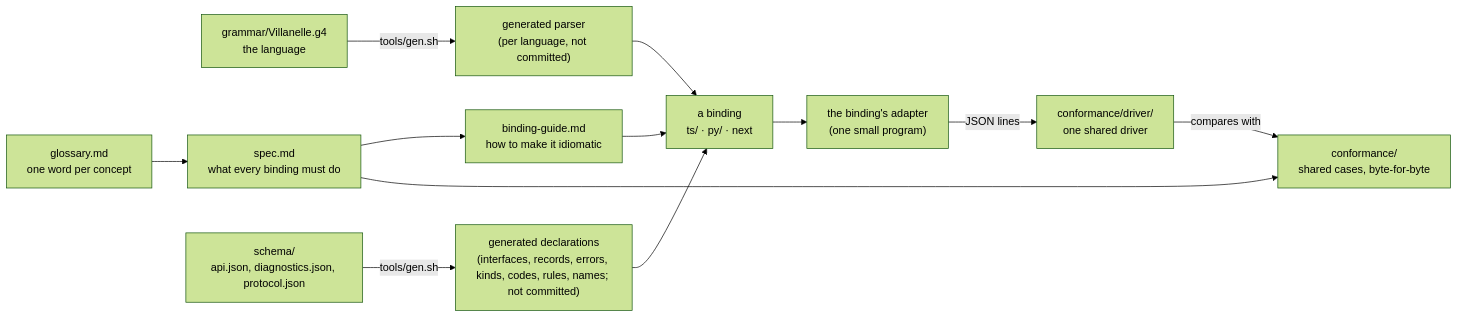
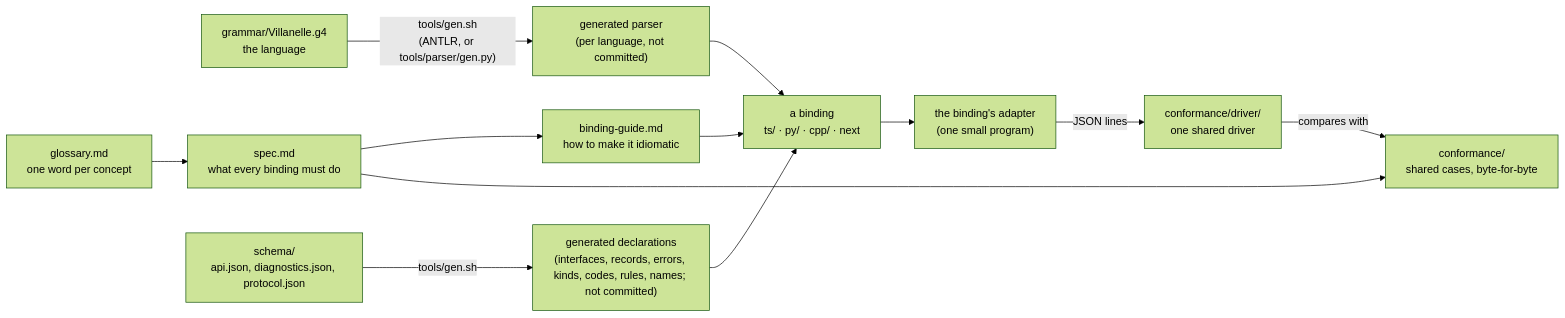
The diagram in spec/README.md (mcurcio/knobly), drawn with Mermaid (forest theme) before and after one commit. The commit also changed other lines of this file and 21 other files, not shown here.

````diff
--- a/spec/README.md
+++ b/spec/README.md
@@ -26,14 +26,14 @@
 ```mermaid
 flowchart LR
-  G["grammar/Villanelle.g4<br/>the language"] -->|tools/gen.sh| P["generated parser<br/>(per language, not committed)"]
+  G["grammar/Villanelle.g4<br/>the language"] -->|"tools/gen.sh<br/>(ANTLR, or tools/parser/gen.py)"| P["generated parser<br/>(per language, not committed)"]
   S["spec.md<br/>what every binding must do"] --> DG["binding-guide.md<br/>how to make it idiomatic"]
   W["glossary.md<br/>one word per concept"] --> S
   SC["schema/<br/>api.json, diagnostics.json, protocol.json"] -->|tools/gen.sh| GL["generated declarations<br/>(interfaces, records, errors, kinds, codes, rules, names; not committed)"]
   S --> C["conformance/<br/>shared cases, byte-for-byte"]
-  P --> B["a binding<br/>ts/ · py/ · next"]
+  P --> B["a binding<br/>ts/ · py/ · cpp/ · next"]
   GL --> B
   DG --> B
   B --> A["the binding's adapter<br/>(one small program)"]
   A -->|"JSON lines"| D["conformance/driver/<br/>one shared driver"]
   D -->|"compares with"| C
 ```
````
